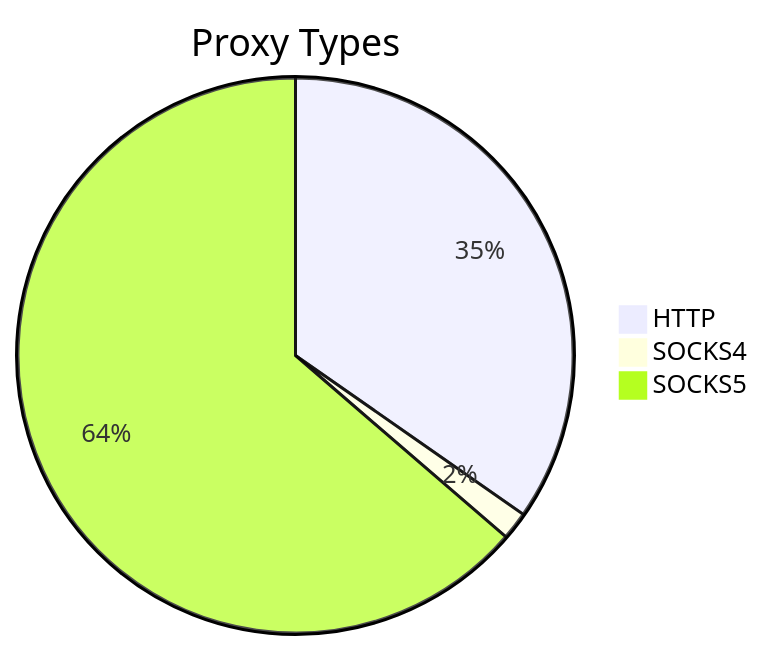
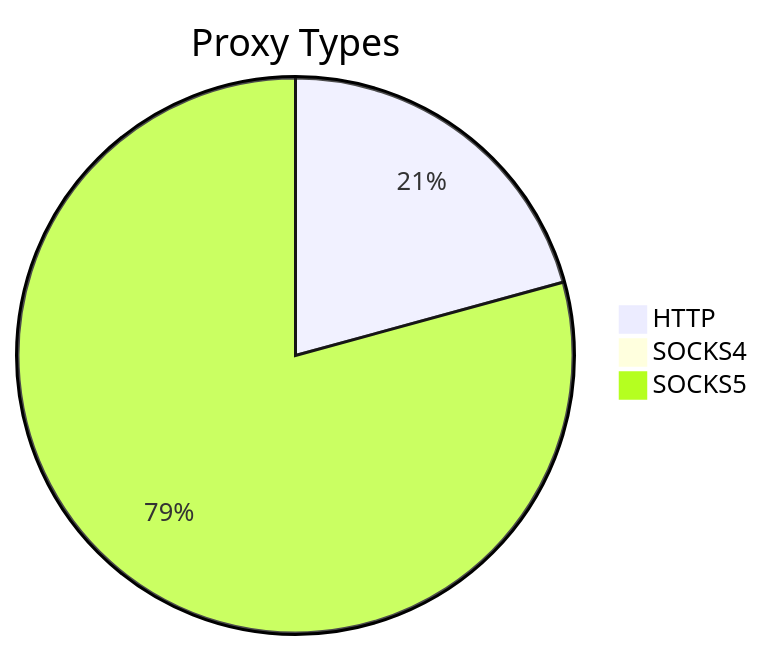
Before and after one commit to stormsia/proxy-list: the first of 2 diagrams in README.md, drawn with Mermaid. The commit also changed other lines of this file, not shown here.

````diff
--- a/README.md
+++ b/README.md
@@ -21,6 +21,6 @@
 ```mermaid
 pie title Proxy Types
-    "HTTP" : 765
-    "SOCKS4" : 36
-    "SOCKS5" : 1404
+    "HTTP" : 713
+    "SOCKS4" : 17
+    "SOCKS5" : 2724
 ```
````
